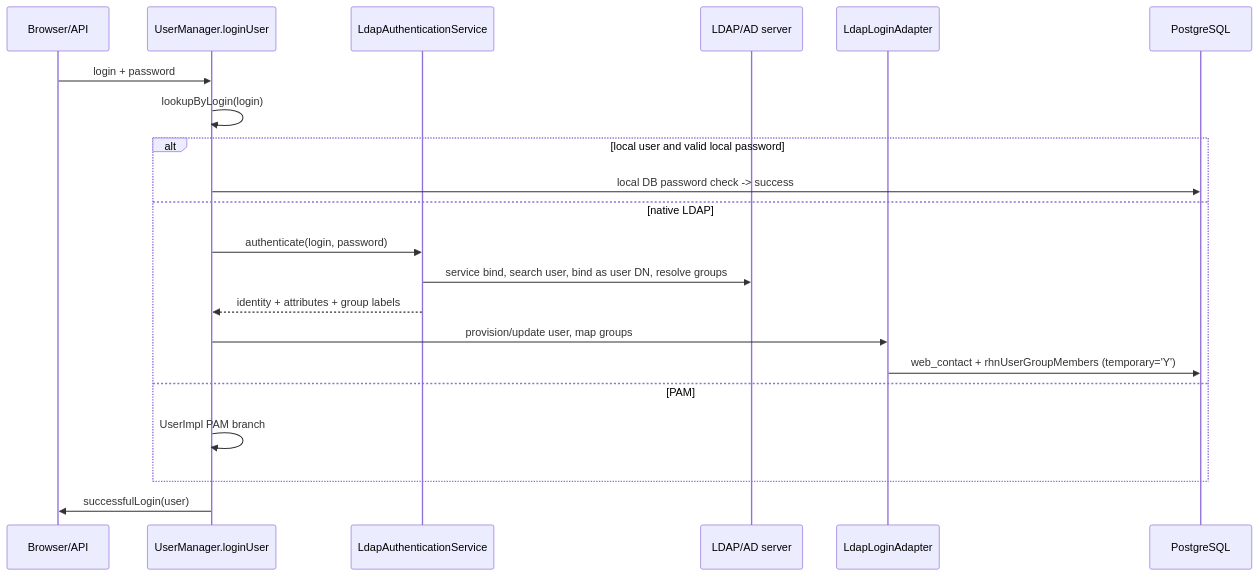
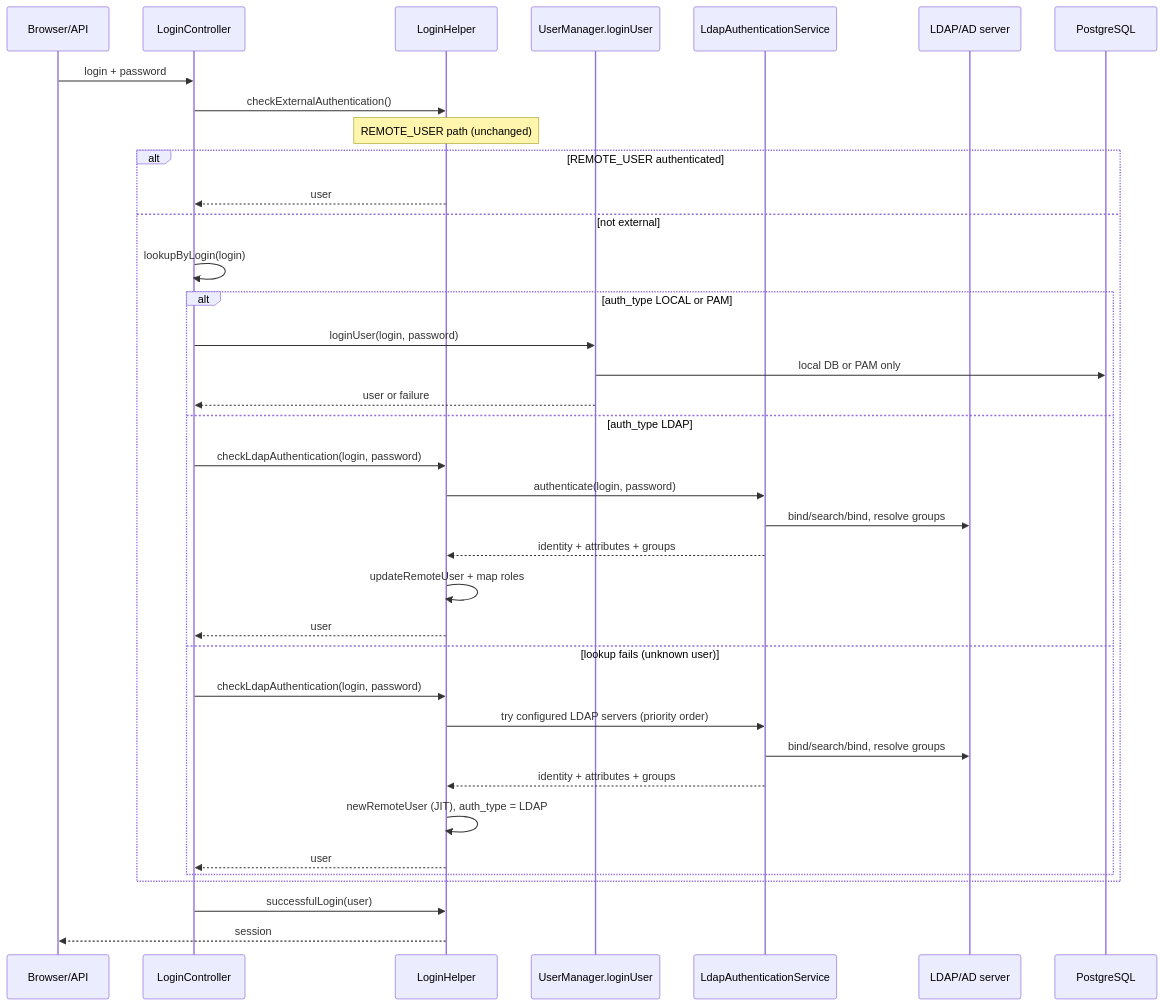
Before and after one commit to uyuni-project/uyuni-rfc: the diagram in accepted/00000-native-ldap-authentication.md, drawn with Mermaid. The commit also changed other lines of this file, not shown here.

````diff
--- a/accepted/00000-native-ldap-authentication.md
+++ b/accepted/00000-native-ldap-authentication.md
@@ -64,24 +71,40 @@
 ```mermaid
 sequenceDiagram
     participant B as Browser/API
+    participant LC as LoginController
+    participant LH as LoginHelper
     participant UM as UserManager.loginUser
     participant LS as LdapAuthenticationService
     participant DIR as LDAP/AD server
-    participant LA as LdapLoginAdapter
     participant DB as PostgreSQL
 
-    B->>UM: login + password
-    UM->>UM: lookupByLogin(login)
-    alt local user and valid local password
-        UM->>DB: local DB password check -> success
-    else native LDAP
-        UM->>LS: authenticate(login, password)
-        LS->>DIR: service bind, search user, bind as user DN, resolve groups
-        LS-->>UM: identity + attributes + group labels
-        UM->>LA: provision/update user, map groups
-        LA->>DB: web_contact + rhnUserGroupMembers (temporary='Y')
-    else PAM
-        UM->>UM: UserImpl PAM branch
+    B->>LC: login + password
+    LC->>LH: checkExternalAuthentication()
+  Note over LH: REMOTE_USER path (unchanged)
+    alt REMOTE_USER authenticated
+        LH-->>LC: user
+    else not external
+        LC->>LC: lookupByLogin(login)
+        alt auth_type LOCAL or PAM
+            LC->>UM: loginUser(login, password)
+            UM->>DB: local DB or PAM only
+            UM-->>LC: user or failure
+        else auth_type LDAP
+            LC->>LH: checkLdapAuthentication(login, password)
+            LH->>LS: authenticate(login, password)
+            LS->>DIR: bind/search/bind, resolve groups
+            LS-->>LH: identity + attributes + groups
+            LH->>LH: updateRemoteUser + map roles
+            LH-->>LC: user
+        else lookup fails (unknown user)
+            LC->>LH: checkLdapAuthentication(login, password)
+            LH->>LS: try configured LDAP servers (priority order)
+            LS->>DIR: bind/search/bind, resolve groups
+            LS-->>LH: identity + attributes + groups
+            LH->>LH: newRemoteUser (JIT), auth_type = LDAP
+            LH-->>LC: user
+        end
     end
-    UM->>B: successfulLogin(user)
+    LC->>LH: successfulLogin(user)
+    LH-->>B: session
 ```
````
